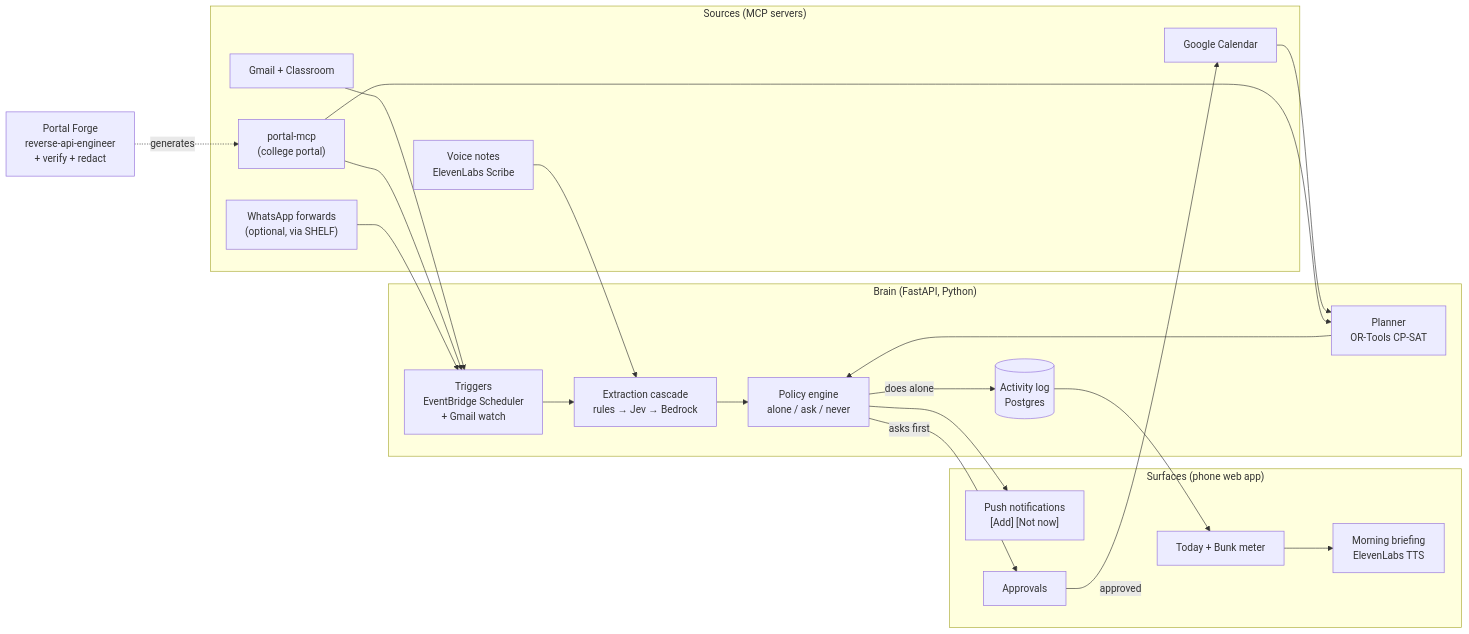
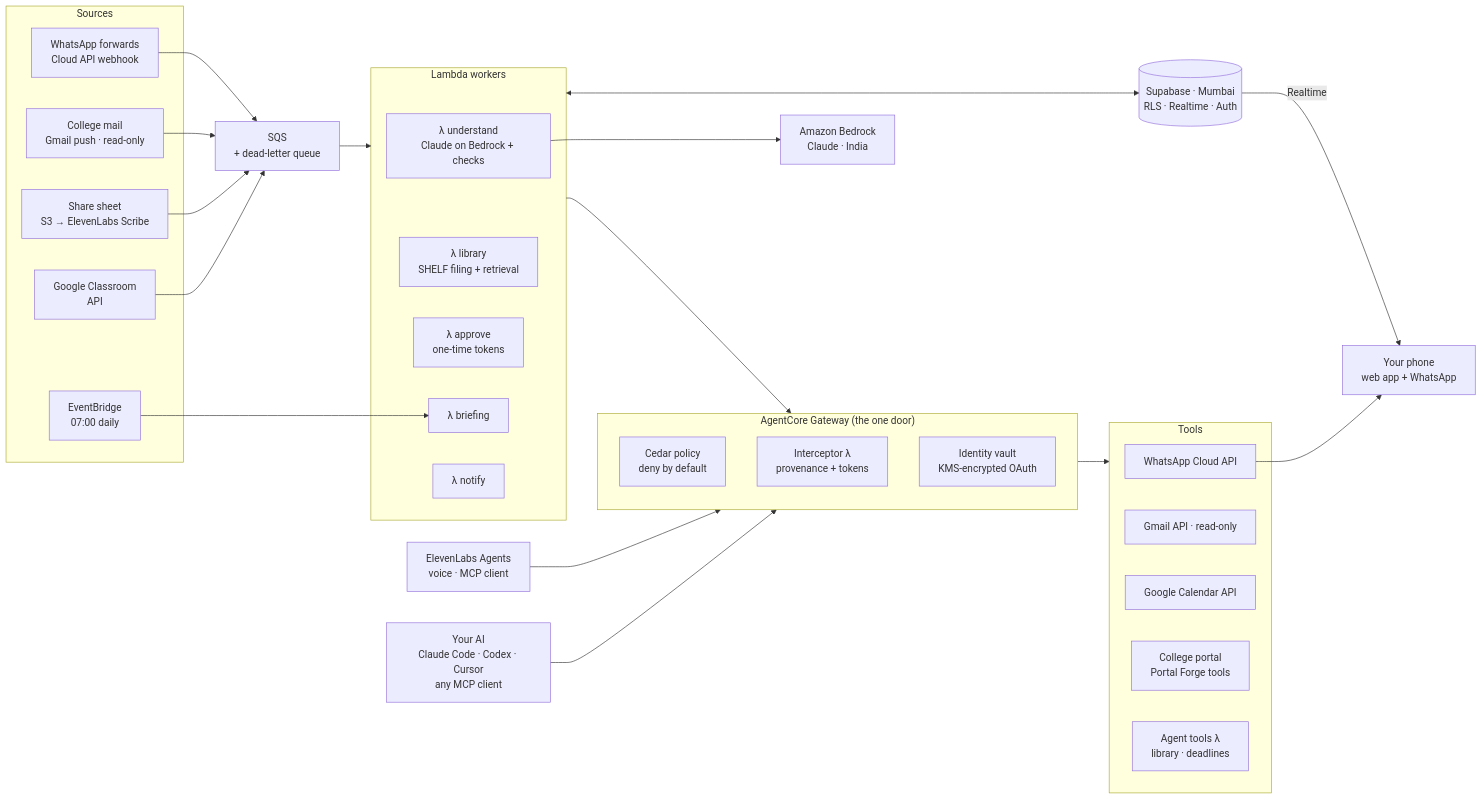
The diagram in docs/architecture.md (jnanottamgy/7even5ive), drawn with Mermaid before and after one commit. The commit also changed other lines of this file and 6 other files, not shown here.

````diff
--- a/docs/architecture.md
+++ b/docs/architecture.md
@@ -5,42 +8,55 @@
 ```mermaid
 flowchart LR
-  subgraph Sources["Sources (MCP servers)"]
-    GM[Gmail + Classroom]
-    CAL[Google Calendar]
-    PO["portal-mcp<br/>(college portal)"]
-    VN["Voice notes<br/>ElevenLabs Scribe"]
-    SH["WhatsApp forwards<br/>(optional, via SHELF)"]
+  subgraph In["Sources"]
+    WA["WhatsApp forwards<br/>Cloud API webhook"]
+    GM["College mail<br/>Gmail push · read-only"]
+    SS["Share sheet<br/>S3 → ElevenLabs Scribe"]
+    GC["Google Classroom<br/>API"]
+    EB["EventBridge<br/>07:00 daily"]
   end
 
-  PF["Portal Forge<br/>reverse-api-engineer<br/>+ verify + redact"] -.generates.-> PO
+  Q["SQS<br/>+ dead-letter queue"]
 
-  subgraph Brain["Brain (FastAPI, Python)"]
-    TR["Triggers<br/>EventBridge Scheduler<br/>+ Gmail watch"]
-    CA["Extraction cascade<br/>rules → Jev → Bedrock"]
-    PL["Planner<br/>OR-Tools CP-SAT"]
-    PE["Policy engine<br/>alone / ask / never"]
-    LOG[("Activity log<br/>Postgres")]
+  subgraph W["Lambda workers"]
+    U["λ understand<br/>Claude on Bedrock + checks"]
+    L["λ library<br/>SHELF filing + retrieval"]
+    A["λ approve<br/>one-time tokens"]
+    B["λ briefing"]
+    N["λ notify"]
+  end
+  EL["ElevenLabs Agents<br/>voice · MCP client"]
+  YA["Your AI<br/>Claude Code · Codex · Cursor<br/>any MCP client"]
+
+  subgraph GW["AgentCore Gateway (the one door)"]
+    CP["Cedar policy<br/>deny by default"]
+    IC["Interceptor λ<br/>provenance + tokens"]
+    ID["Identity vault<br/>KMS-encrypted OAuth"]
   end
 
-  subgraph Surfaces["Surfaces (phone web app)"]
-    NO["Push notifications<br/>[Add] [Not now]"]
-    AP[Approvals]
-    TD["Today + Bunk meter"]
-    BR["Morning briefing<br/>ElevenLabs TTS"]
+  subgraph T["Tools"]
+    WT["WhatsApp Cloud API"]
+    GT["Gmail API · read-only"]
+    CT["Google Calendar API"]
+    PT["College portal<br/>Portal Forge tools"]
+    AT["Agent tools λ<br/>library · deadlines"]
   end
 
-  GM --> TR
-  PO --> TR
-  SH --> TR
-  VN --> CA
-  TR --> CA --> PE
-  PL --> PE
-  CAL --> PL
-  PO --> PL
-  PE -->|does alone| LOG
-  PE -->|asks first| AP
-  AP -->|approved| CAL
-  PE --> NO
-  LOG --> TD
-  TD --> BR
+  SB[("Supabase · Mumbai<br/>RLS · Realtime · Auth")]
+  BR["Amazon Bedrock<br/>Claude · India"]
+  PH["Your phone<br/>web app + WhatsApp"]
+
+  WA --> Q
+  GM --> Q
+  SS --> Q
+  GC --> Q
+  Q --> W
+  EB --> B
+  W --> GW
+  EL --> GW
+  YA --> GW
+  GW --> T
+  W <--> SB
+  U --> BR
+  SB -->|Realtime| PH
+  WT --> PH
 ```
````
